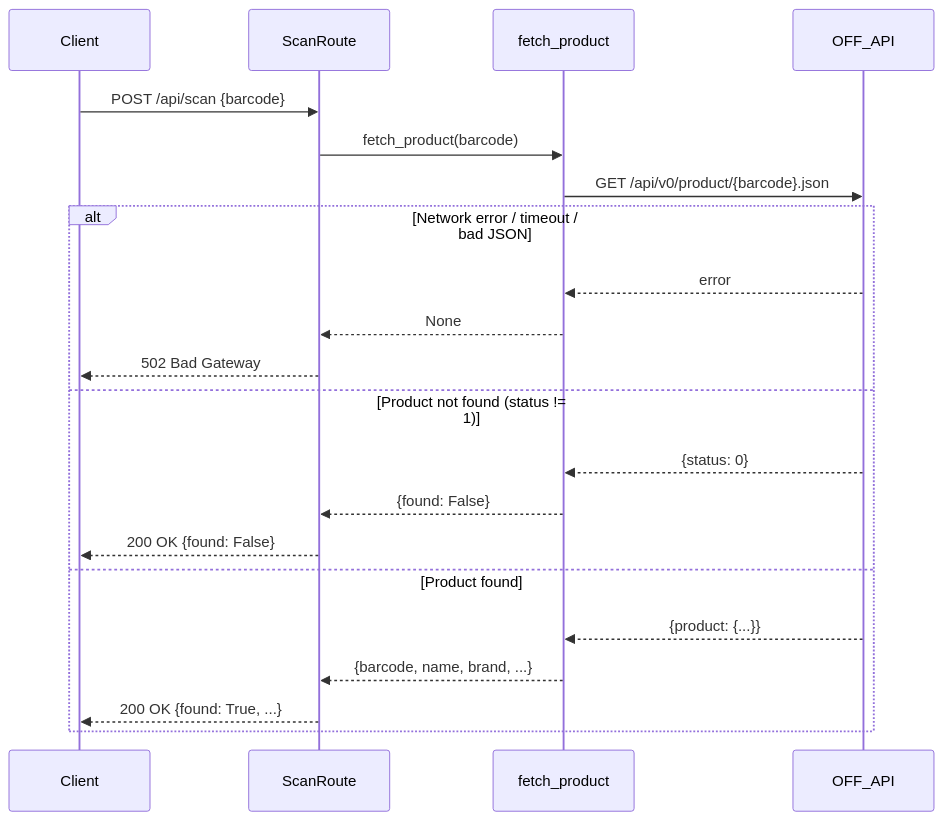
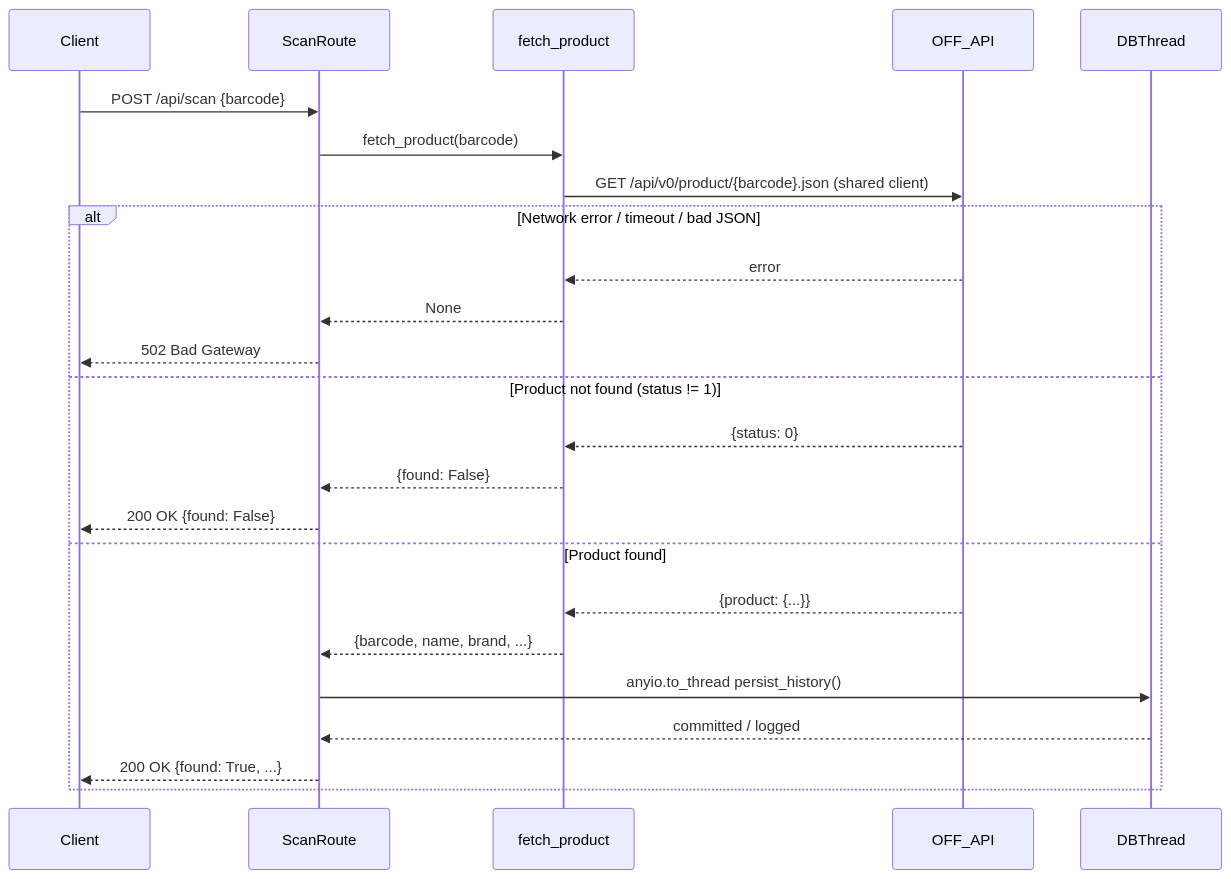
The second of 2 diagrams in wiki/modules/backend-routes-scan.md (lorecanc/dispensapp), drawn with Mermaid before and after one commit. The commit also changed other lines of this file and 55 other files, not shown here.

````diff
--- a/wiki/modules/backend-routes-scan.md
+++ b/wiki/modules/backend-routes-scan.md
@@ -115,24 +130,27 @@
 ```mermaid
 sequenceDiagram
     participant Client
     participant ScanRoute
     participant fetch_product
     participant OFF_API
+    participant DBThread
 
     Client->>ScanRoute: POST /api/scan {barcode}
     ScanRoute->>fetch_product: fetch_product(barcode)
-    fetch_product->>OFF_API: GET /api/v0/product/{barcode}.json
+    fetch_product->>OFF_API: GET /api/v0/product/{barcode}.json (shared client)
     alt Network error / timeout / bad JSON
         OFF_API-->>fetch_product: error
         fetch_product-->>ScanRoute: None
         ScanRoute-->>Client: 502 Bad Gateway
     else Product not found (status != 1)
         OFF_API-->>fetch_product: {status: 0}
         fetch_product-->>ScanRoute: {found: False}
         ScanRoute-->>Client: 200 OK {found: False}
     else Product found
         OFF_API-->>fetch_product: {product: {...}}
         fetch_product-->>ScanRoute: {barcode, name, brand, ...}
+        ScanRoute->>DBThread: anyio.to_thread persist_history()
+        DBThread-->>ScanRoute: committed / logged
         ScanRoute-->>Client: 200 OK {found: True, ...}
     end
 ```
````
